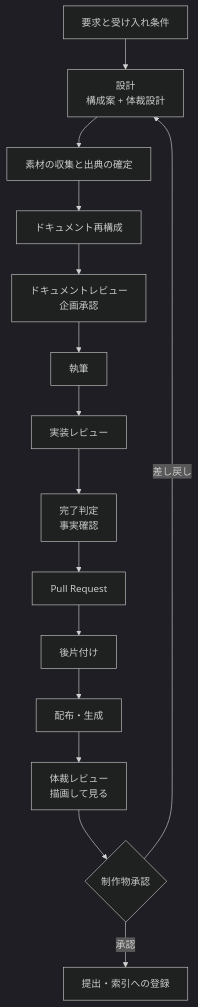
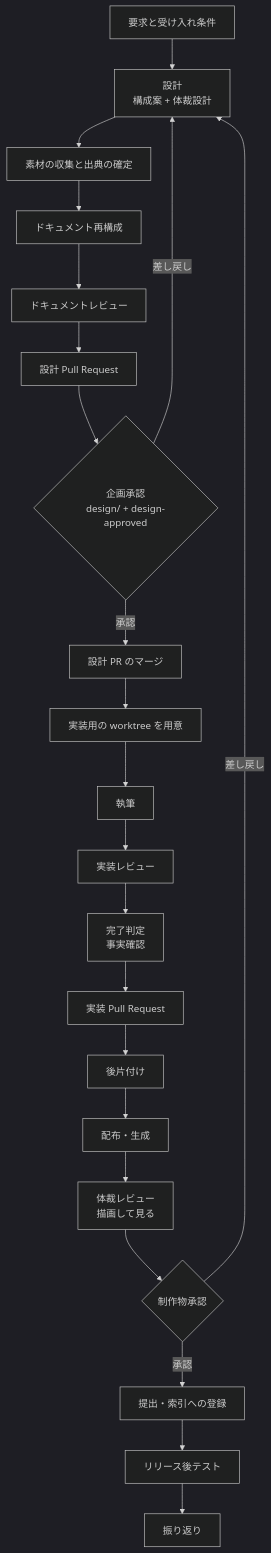
One commit to devbasex/ai-plugins changed the second of 2 diagrams in issues/milestone-10-design.md. Above: the diagram before and after it, drawn with Mermaid (dark theme). The commit also changed other lines of this file and 2 other files, not shown here.

````diff
--- a/issues/milestone-10-design.md
+++ b/issues/milestone-10-design.md
@@ -198,17 +200,24 @@
 ```mermaid
 flowchart TD
     A[要求と受け入れ条件] --> B[設計<br/>構成案 + 体裁設計]
     B --> C[素材の収集と出典の確定]
     C --> D[ドキュメント再構成]
-    D --> E[ドキュメントレビュー<br/>企画承認]
-    E --> F[執筆]
+    D --> E[ドキュメントレビュー]
+    E --> P1[設計 Pull Request]
+    P1 --> Q{企画承認<br/>design/ + design-approved}
+    Q -->|差し戻し| B
+    Q -->|承認| R1[設計 PR のマージ]
+    R1 --> W[実装用の worktree を用意]
+    W --> F[執筆]
     F --> G[実装レビュー]
     G --> H[完了判定<br/>事実確認]
-    H --> I[Pull Request]
+    H --> I[実装 Pull Request]
     I --> J[後片付け]
     J --> K[配布・生成]
     K --> L[体裁レビュー<br/>描画して見る]
     L --> M{制作物承認}
+    M -->|差し戻し| B
     M -->|承認| N[提出・索引への登録]
-    M -->|差し戻し| B
+    N --> O[リリース後テスト]
+    O --> V[振り返り]
 ```
````
